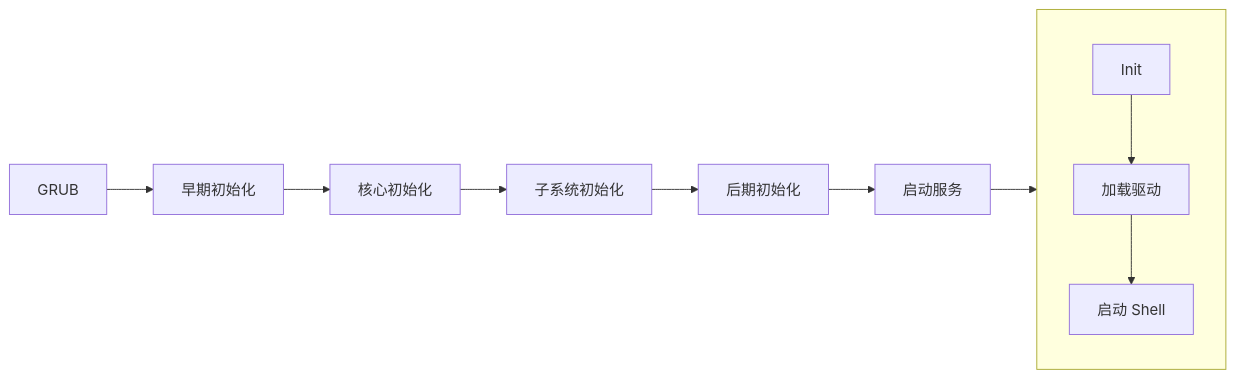
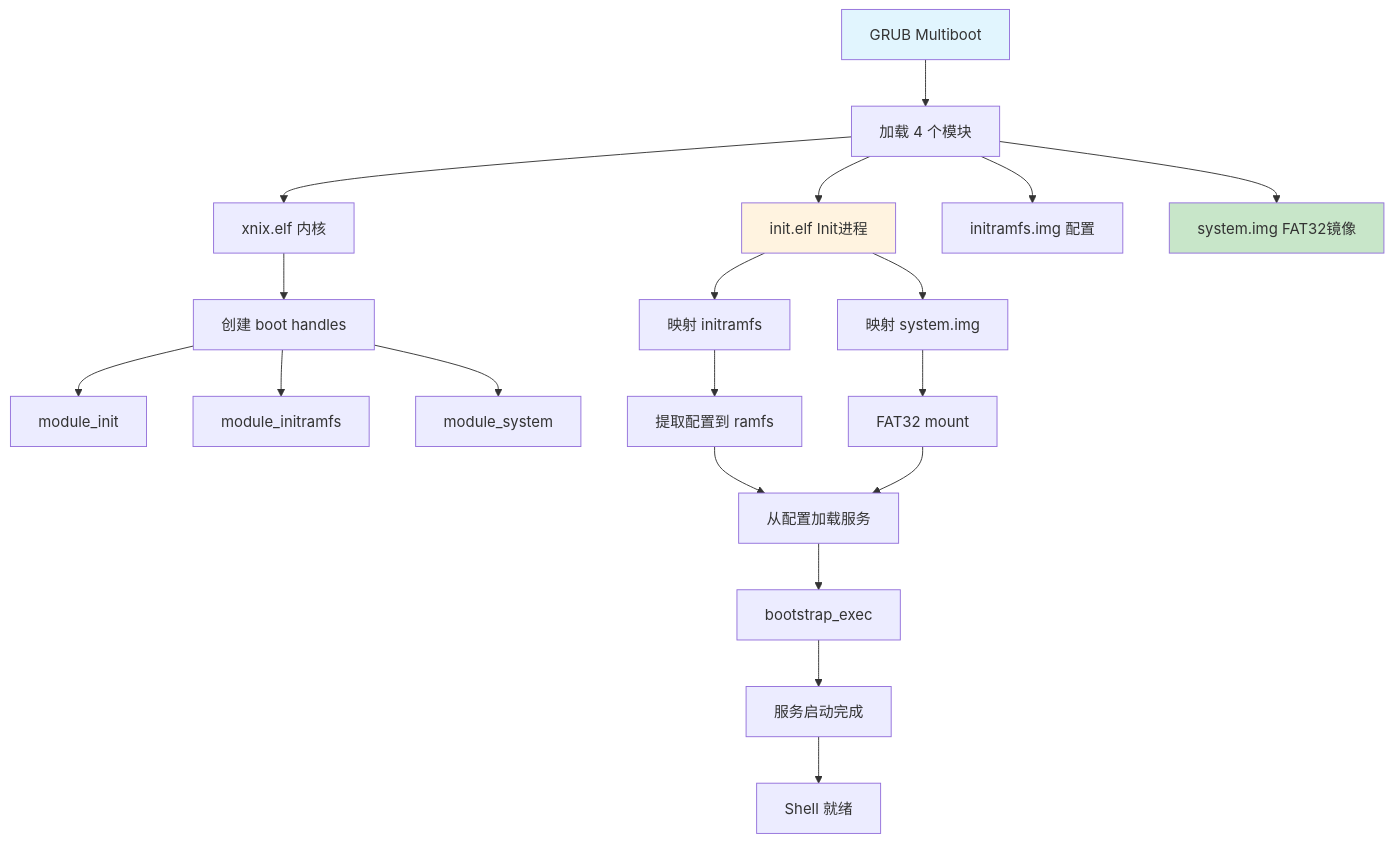
One commit to SH-XiaoXiu/xnix changed the second of 3 diagrams in README.md. Above: the diagram before and after it, drawn with Mermaid. The commit also changed other lines of this file and 46 other files, not shown here.

````diff
--- a/README.md
+++ b/README.md
@@ -207,14 +232,30 @@
 ```mermaid
-graph LR
-    Boot[GRUB] --> Early[早期初始化]
-    Early --> Core[核心初始化]
-    Core --> Subsys[子系统初始化]
-    Subsys --> Late[后期初始化]
-    Late --> Services[启动服务]
-    Services --> User[用户态]
+graph TD
+    GRUB[GRUB Multiboot] --> Modules[加载 4 个模块]
+    Modules --> Kernel[xnix.elf 内核]
+    Modules --> Init[init.elf Init进程]
+    Modules --> Initramfs[initramfs.img 配置]
+    Modules --> System[system.img FAT32镜像]
 
-    subgraph User[" "]
-        Init2[Init] --> Drivers[加载驱动]
-        Drivers --> Shell2[启动 Shell]
-    end
+    Kernel --> BootHandles[创建 boot handles]
+    BootHandles --> module_init
+    BootHandles --> module_initramfs
+    BootHandles --> module_system
+
+    Init --> Map1[映射 initramfs]
+    Map1 --> Extract[提取配置到 ramfs]
+
+    Init --> Map2[映射 system.img]
+    Map2 --> FAT32[FAT32 mount]
+
+    Extract --> LoadSvc[从配置加载服务]
+    FAT32 --> LoadSvc
+    LoadSvc --> BootExec[bootstrap_exec]
+    BootExec --> Services[服务启动完成]
+
+    Services --> Shell[Shell 就绪]
+
+    style GRUB fill:#e1f5fe
+    style Init fill:#fff3e0
+    style System fill:#c8e6c9
 ```
````
